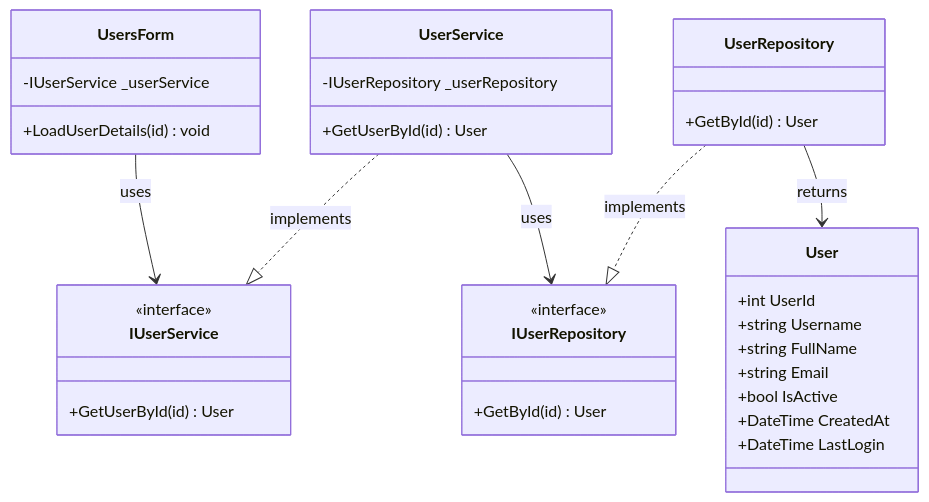
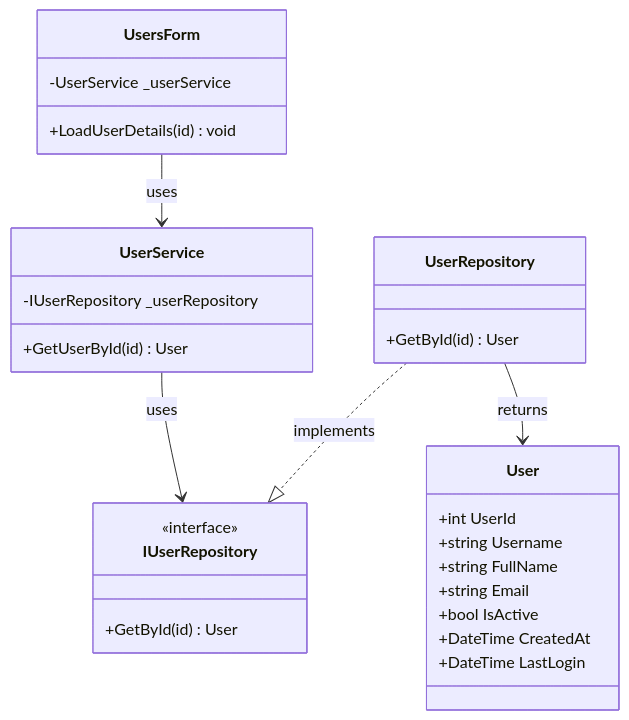
Before and after one commit to nahuk86/tp_diploma_nk_2026: diagram 13 of 18 in Documentation/UML_Diagrams/19_Users_UseCases.md, drawn with Mermaid. The commit also changed other lines of this file and 1 other file, not shown here.

First line of the commit message:
docs: remove non-existent IUserService and IRoleService interface references

````diff
--- a/Documentation/UML_Diagrams/19_Users_UseCases.md
+++ b/Documentation/UML_Diagrams/19_Users_UseCases.md
@@ -551,42 +514,36 @@
 ```mermaid
 classDiagram
     class UsersForm {
-        -IUserService _userService
+        -UserService _userService
         +LoadUserDetails(id) void
-    }
-
-    class IUserService {
-        <<interface>>
-        +GetUserById(id) User
     }
 
     class UserService {
         -IUserRepository _userRepository
         +GetUserById(id) User
     }
 
     class IUserRepository {
         <<interface>>
         +GetById(id) User
     }
 
     class UserRepository {
         +GetById(id) User
     }
 
     class User {
         +int UserId
         +string Username
         +string FullName
         +string Email
         +bool IsActive
         +DateTime CreatedAt
         +DateTime LastLogin
     }
 
-    UsersForm --> IUserService : uses
-    UserService ..|> IUserService : implements
+    UsersForm --> UserService : uses
     UserService --> IUserRepository : uses
     UserRepository ..|> IUserRepository : implements
     UserRepository --> User : returns
 ```
````
